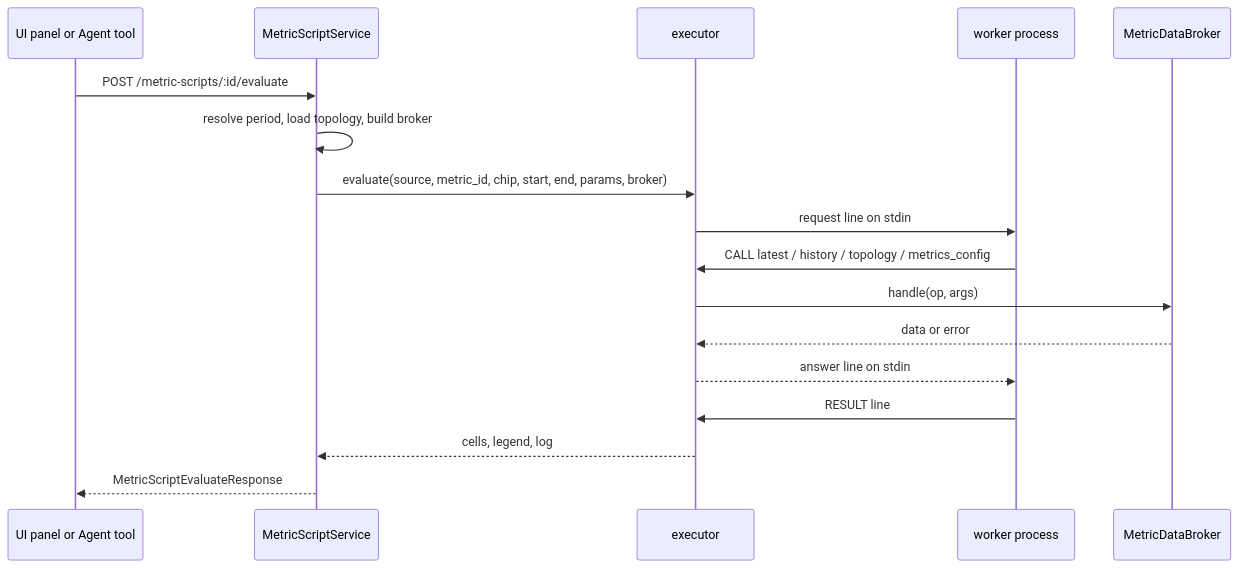
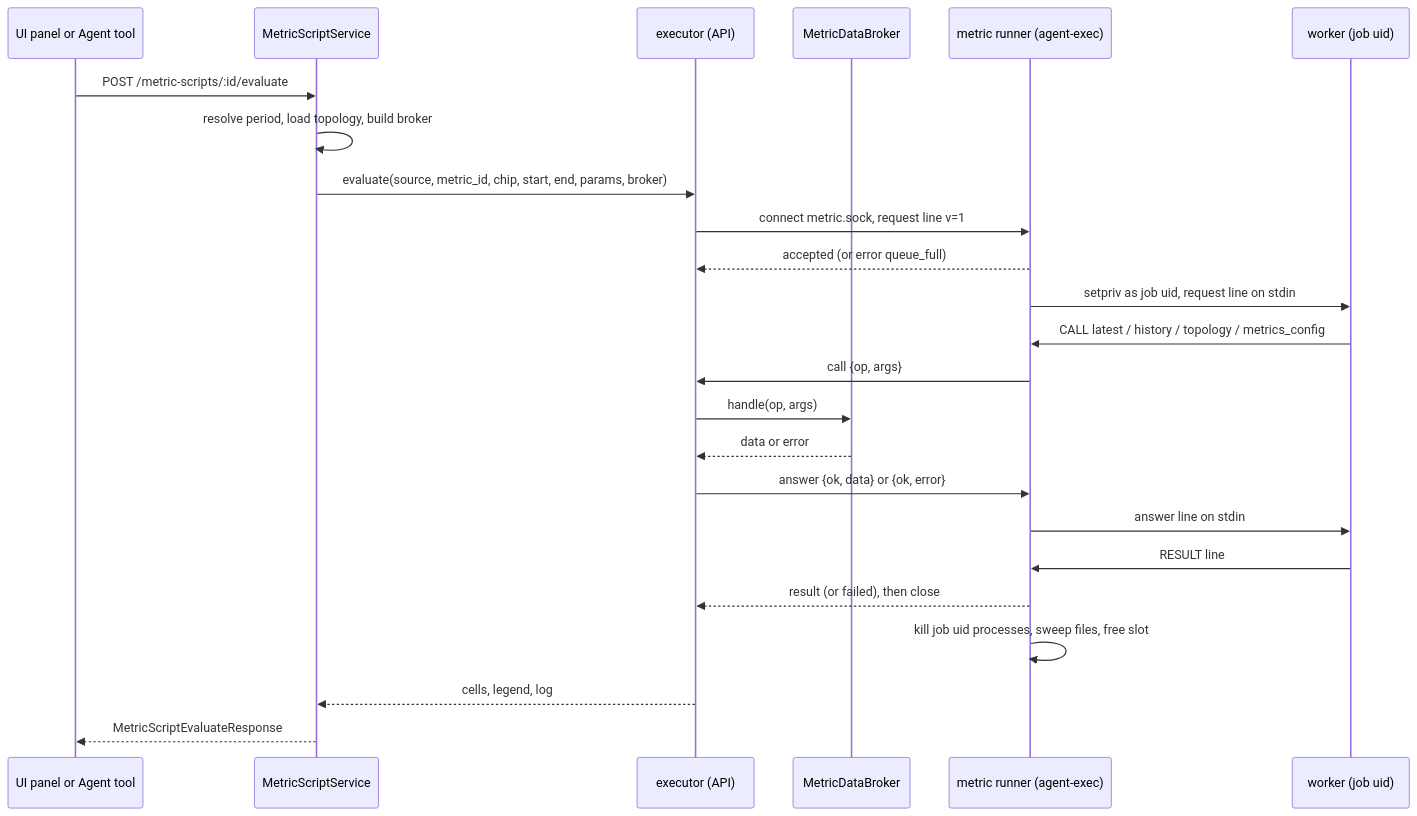
Before and after one commit to oqtopus-team/qdash: the diagram in docs/developer-guide/architecture/metric-scripts.md, drawn with Mermaid. The commit also changed other lines of this file and 29 other files, not shown here.

First line of the commit message:
feat(api,infra): run metric scripts in the agent-exec container

````diff
--- a/docs/developer-guide/architecture/metric-scripts.md
+++ b/docs/developer-guide/architecture/metric-scripts.md
@@ -29,19 +39,26 @@
 ```mermaid
 sequenceDiagram
   participant UI as UI panel or Agent tool
   participant S as MetricScriptService
-  participant E as executor
-  participant W as worker process
+  participant E as executor (API)
   participant B as MetricDataBroker
+  participant R as metric runner (agent-exec)
+  participant W as worker (job uid)
   UI->>S: POST /metric-scripts/:id/evaluate
   S->>S: resolve period, load topology, build broker
   S->>E: evaluate(source, metric_id, chip, start, end, params, broker)
-  E->>W: request line on stdin
-  W->>E: CALL latest / history / topology / metrics_config
+  E->>R: connect metric.sock, request line v=1
+  R-->>E: accepted (or error queue_full)
+  R->>W: setpriv as job uid, request line on stdin
+  W->>R: CALL latest / history / topology / metrics_config
+  R->>E: call {op, args}
   E->>B: handle(op, args)
   B-->>E: data or error
-  E-->>W: answer line on stdin
-  W->>E: RESULT line
+  E->>R: answer {ok, data} or {ok, error}
+  R->>W: answer line on stdin
+  W->>R: RESULT line
+  R-->>E: result (or failed), then close
+  R->>R: kill job uid processes, sweep files, free slot
   E-->>S: cells, legend, log
   S-->>UI: MetricScriptEvaluateResponse
 ```
````
